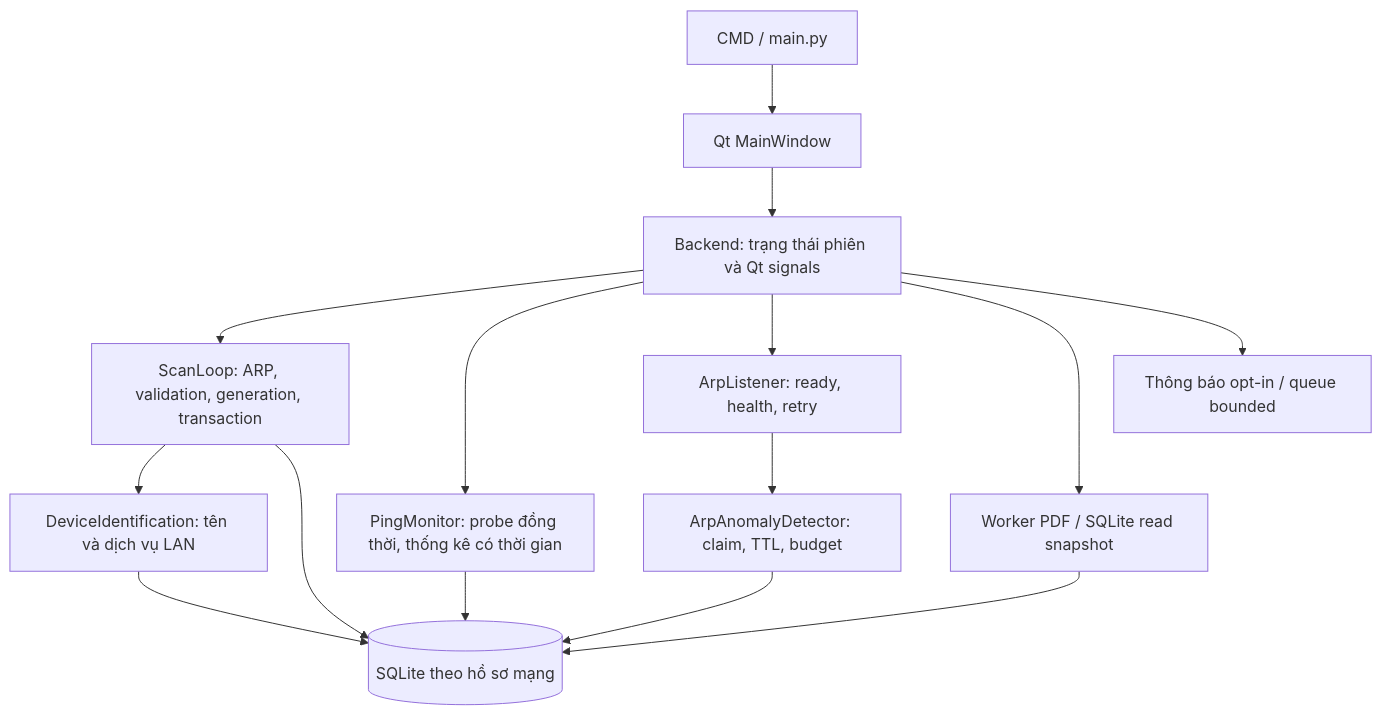
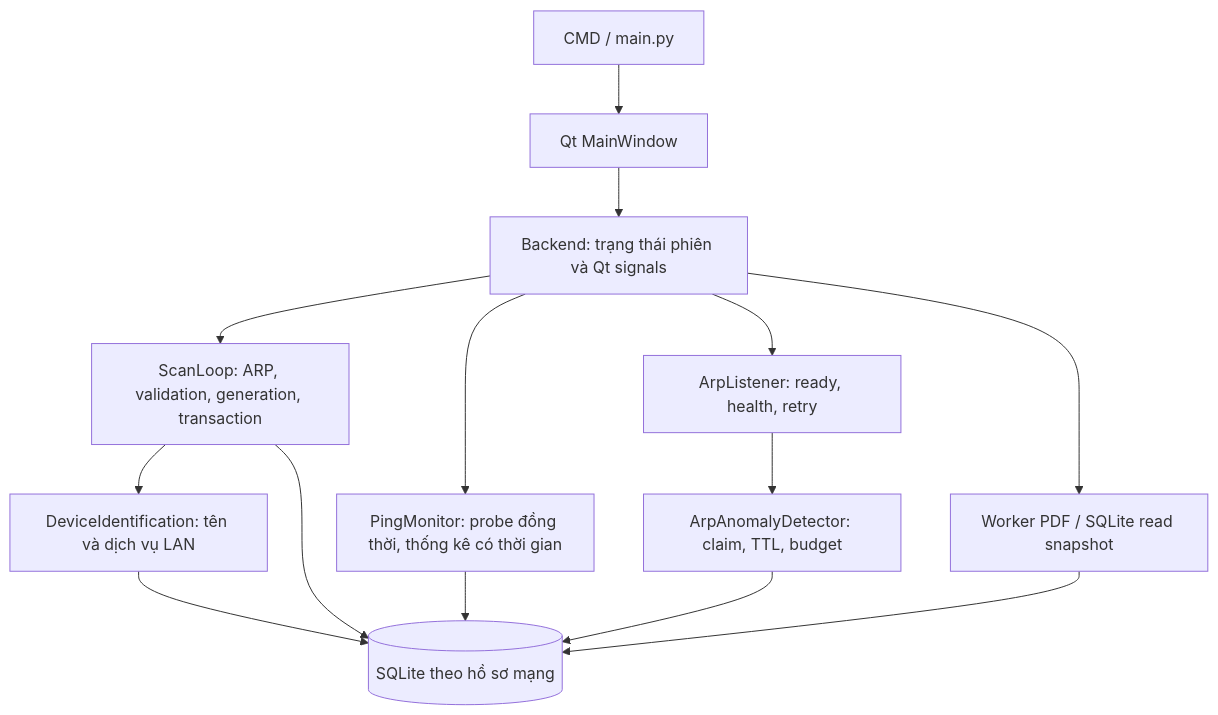
The diagram in docs/architecture.md (NgDuyDuc84/Nhom8_LapTrinhMang), drawn with Mermaid before and after one commit. The commit also changed other lines of this file and 31 other files, not shown here.

````diff
--- a/docs/architecture.md
+++ b/docs/architecture.md
@@ -3,17 +3,16 @@
 ```mermaid
 flowchart TD
   Launcher[CMD / main.py] --> UI[Qt MainWindow]
   UI --> Backend[Backend: trạng thái phiên và Qt signals]
   Backend --> Scan[ScanLoop: ARP, validation, generation, transaction]
   Backend --> Ping[PingMonitor: probe đồng thời, thống kê có thời gian]
   Backend --> Listener[ArpListener: ready, health, retry]
   Listener --> Detector[ArpAnomalyDetector: claim, TTL, budget]
   Scan --> Identify[DeviceIdentification: tên và dịch vụ LAN]
   Backend --> Report[Worker PDF / SQLite read snapshot]
-  Backend --> Notify[Thông báo opt-in / queue bounded]
   Scan --> Store[(SQLite theo hồ sơ mạng)]
   Ping --> Store
   Detector --> Store
   Identify --> Store
   Report --> Store
 ```
````
